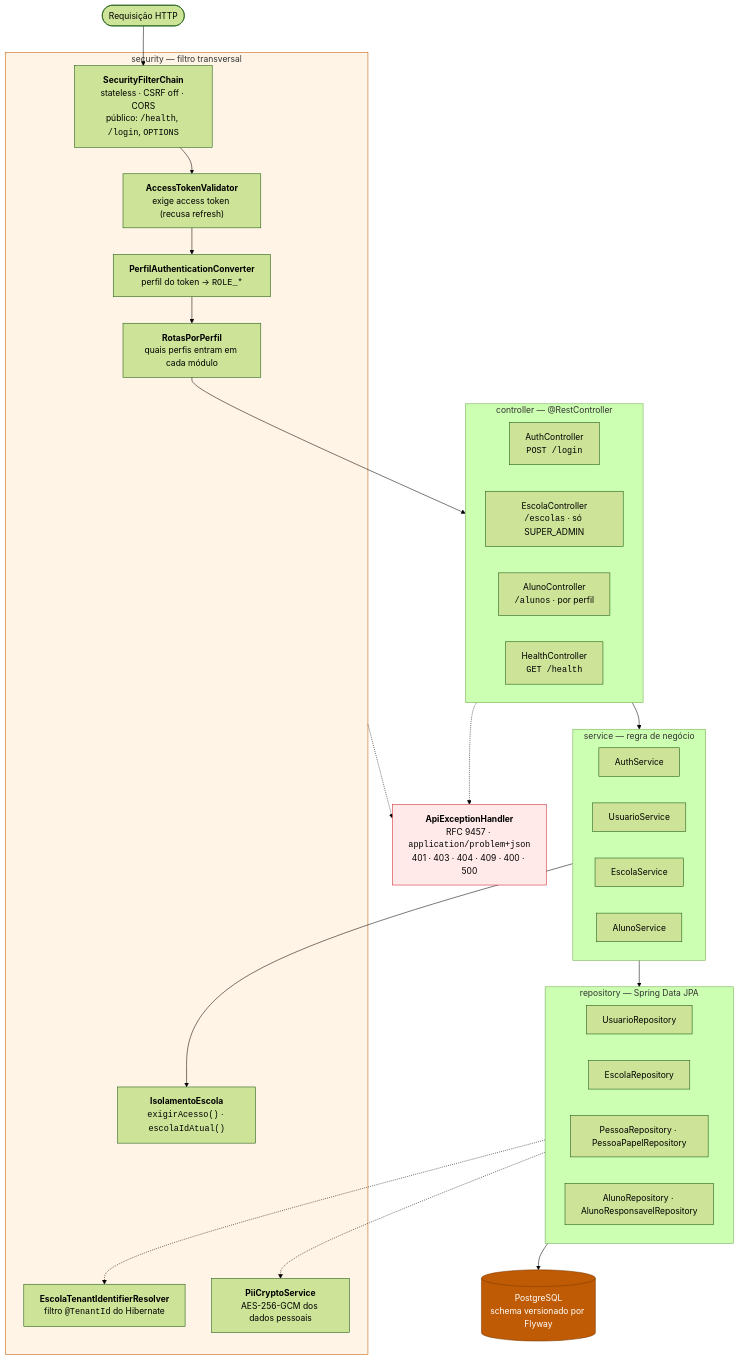
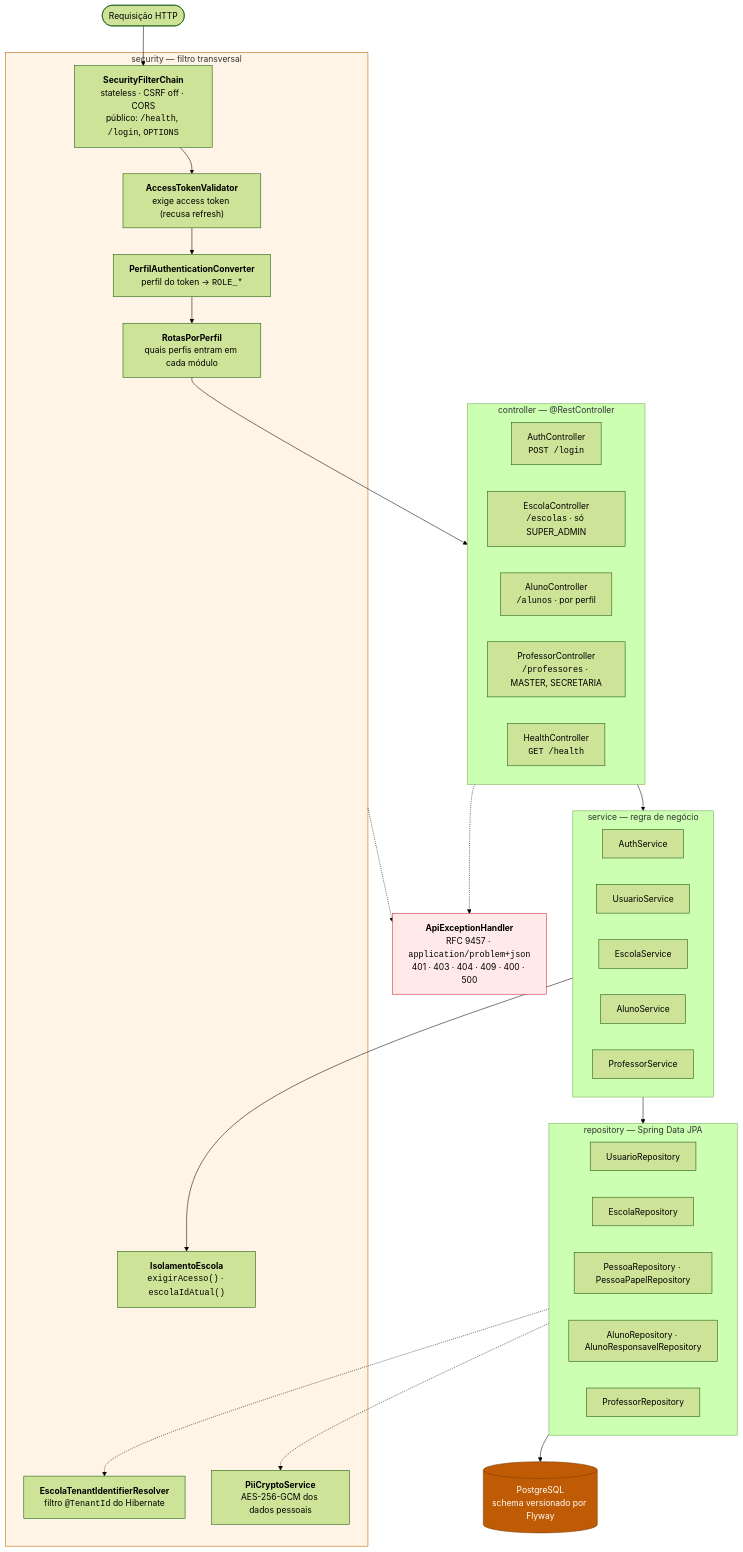
The fourth of 6 diagrams in Artefatos/arquitetura/arquitetura-da-solucao.md (ICEI-PUC-Minas-PMGES-TI/pmg-es-2026-2-ti3-9577100-eduka), drawn with Mermaid (forest theme) before and after one commit. The commit also changed other lines of this file and 1 other file, not shown here.

Commit message:
docs:docuemtna endpoints de professores e migration V11

````diff
--- a/Artefatos/arquitetura/arquitetura-da-solucao.md
+++ b/Artefatos/arquitetura/arquitetura-da-solucao.md
@@ -145,51 +145,54 @@
 ```mermaid
 flowchart TB
     REQ(["Requisição HTTP"])
 
     subgraph sec["security — filtro transversal"]
         CHAIN["<b>SecurityFilterChain</b><br/>stateless · CSRF off · CORS<br/>público: <code>/health</code>, <code>/login</code>, <code>OPTIONS</code>"]
         VALID["<b>AccessTokenValidator</b><br/>exige access token (recusa refresh)"]
         CONV["<b>PerfilAuthenticationConverter</b><br/>perfil do token → <code>ROLE_*</code>"]
         ROTAS["<b>RotasPorPerfil</b><br/>quais perfis entram em cada módulo"]
         ISO["<b>IsolamentoEscola</b><br/><code>exigirAcesso()</code> · <code>escolaIdAtual()</code>"]
         TEN["<b>EscolaTenantIdentifierResolver</b><br/>filtro <code>@TenantId</code> do Hibernate"]
         PII["<b>PiiCryptoService</b><br/>AES-256-GCM dos dados pessoais"]
     end
 
     subgraph ctrl["controller — @RestController"]
         AUTHC["AuthController<br/><code>POST /login</code>"]
         ESCC["EscolaController<br/><code>/escolas</code> · só SUPER_ADMIN"]
         ALUC["AlunoController<br/><code>/alunos</code> · por perfil"]
+        PROFC["ProfessorController<br/><code>/professores</code> · MASTER, SECRETARIA"]
         HLTC["HealthController<br/><code>GET /health</code>"]
     end
 
     subgraph svc["service — regra de negócio"]
         AUTHS["AuthService"]
         USUS["UsuarioService"]
         ESCS["EscolaService"]
         ALUS["AlunoService"]
+        PROFS["ProfessorService"]
     end
 
     subgraph repo["repository — Spring Data JPA"]
         UR["UsuarioRepository"]
         ER["EscolaRepository"]
         PER["PessoaRepository · PessoaPapelRepository"]
         AR["AlunoRepository · AlunoResponsavelRepository"]
+        PRR["ProfessorRepository"]
     end
 
     DB[("PostgreSQL<br/>schema versionado por Flyway")]
     ERR["<b>ApiExceptionHandler</b><br/>RFC 9457 · <code>application/problem+json</code><br/>401 · 403 · 404 · 409 · 400 · 500"]
 
     REQ --> CHAIN --> VALID --> CONV --> ROTAS --> ctrl
     ctrl --> svc
     svc --> ISO
     svc --> repo --> DB
     repo -.-> TEN
     repo -.-> PII
     ctrl -.-> ERR
     sec -.-> ERR
 
     style sec fill:#fff4e5,stroke:#bf5b04
     style ERR fill:#ffe9e9,stroke:#cf222e
     style DB fill:#bf5b04,stroke:#7a3a00,color:#fff
 ```
````
